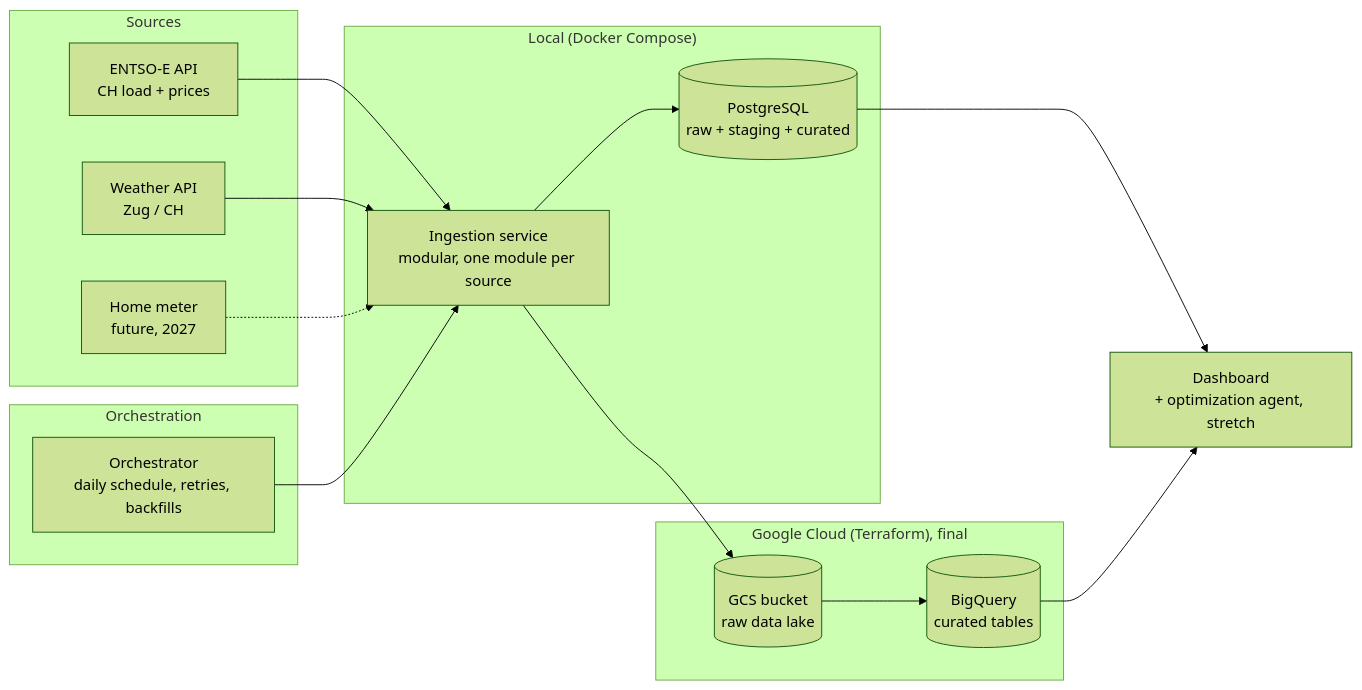
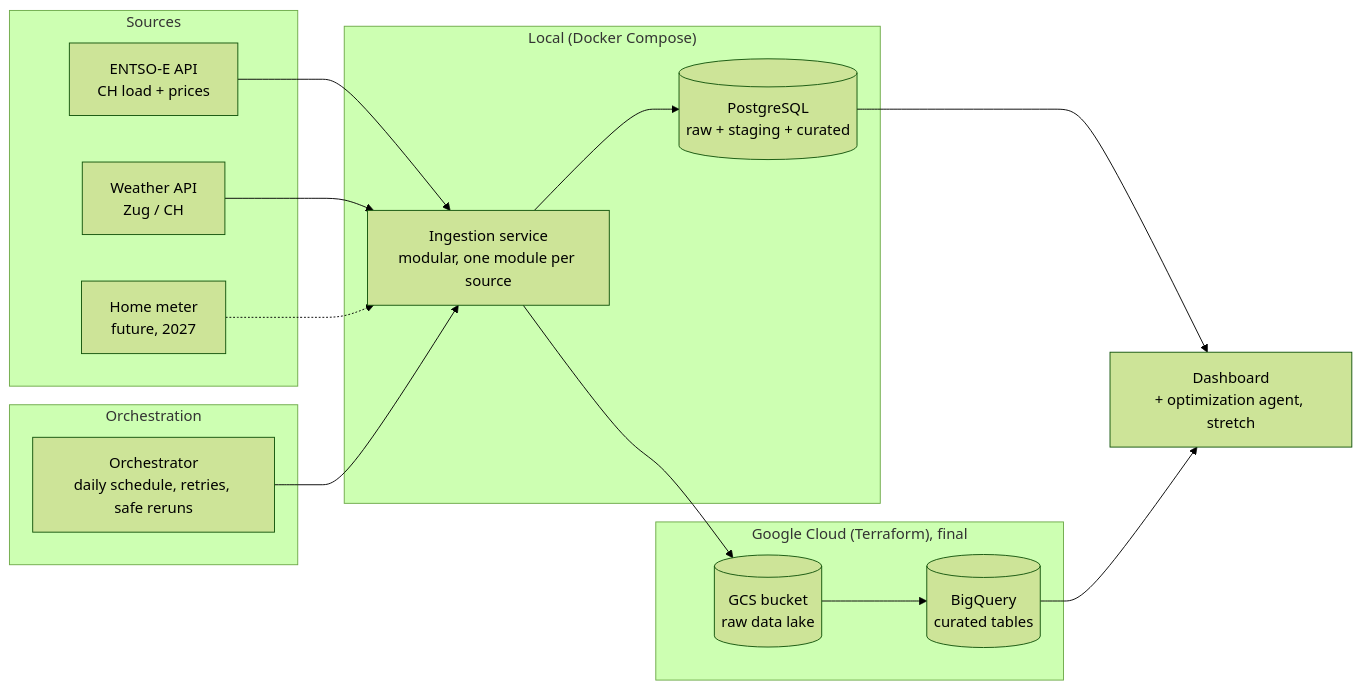
One commit to 0xff4b/saftimize changed the diagram in docs/architecture.md. Above: the diagram before and after it, drawn with Mermaid (forest theme). The commit also changed other lines of this file and 2 other files, not shown here.

Commit message:
feat: pitchdeck

````diff
--- a/docs/architecture.md
+++ b/docs/architecture.md
@@ -7,34 +7,34 @@
 ```mermaid
 flowchart LR
     subgraph Sources
         E[ENTSO-E API<br/>CH load + prices]
         W[Weather API<br/>Zug / CH]
         M[Home meter<br/>future, 2027]
     end
 
     subgraph Orchestration
-        O[Orchestrator<br/>daily schedule, retries, backfills]
+        O[Orchestrator<br/>daily schedule, retries, safe reruns]
     end
 
     subgraph Local["Local (Docker Compose)"]
         I[Ingestion service<br/>modular, one module per source]
         PG[(PostgreSQL<br/>raw + staging + curated)]
     end
 
     subgraph Cloud["Google Cloud (Terraform), final"]
         GCS[(GCS bucket<br/>raw data lake)]
         BQ[(BigQuery<br/>curated tables)]
     end
 
     D[Dashboard<br/>+ optimization agent, stretch]
 
     E --> I
     W --> I
     M -.-> I
     O --> I
     I --> PG
     I --> GCS
     GCS --> BQ
     PG --> D
     BQ --> D
 ```
````
